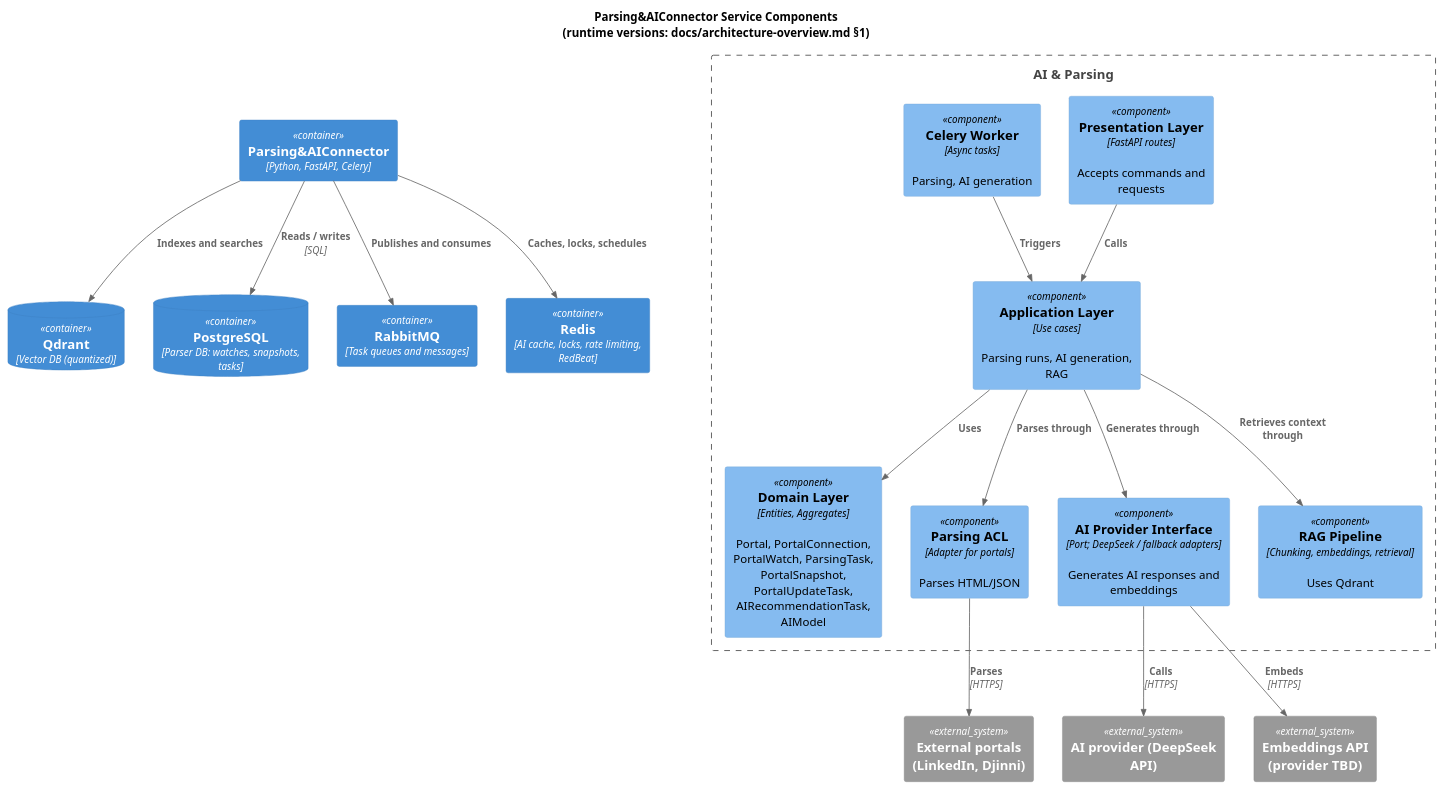
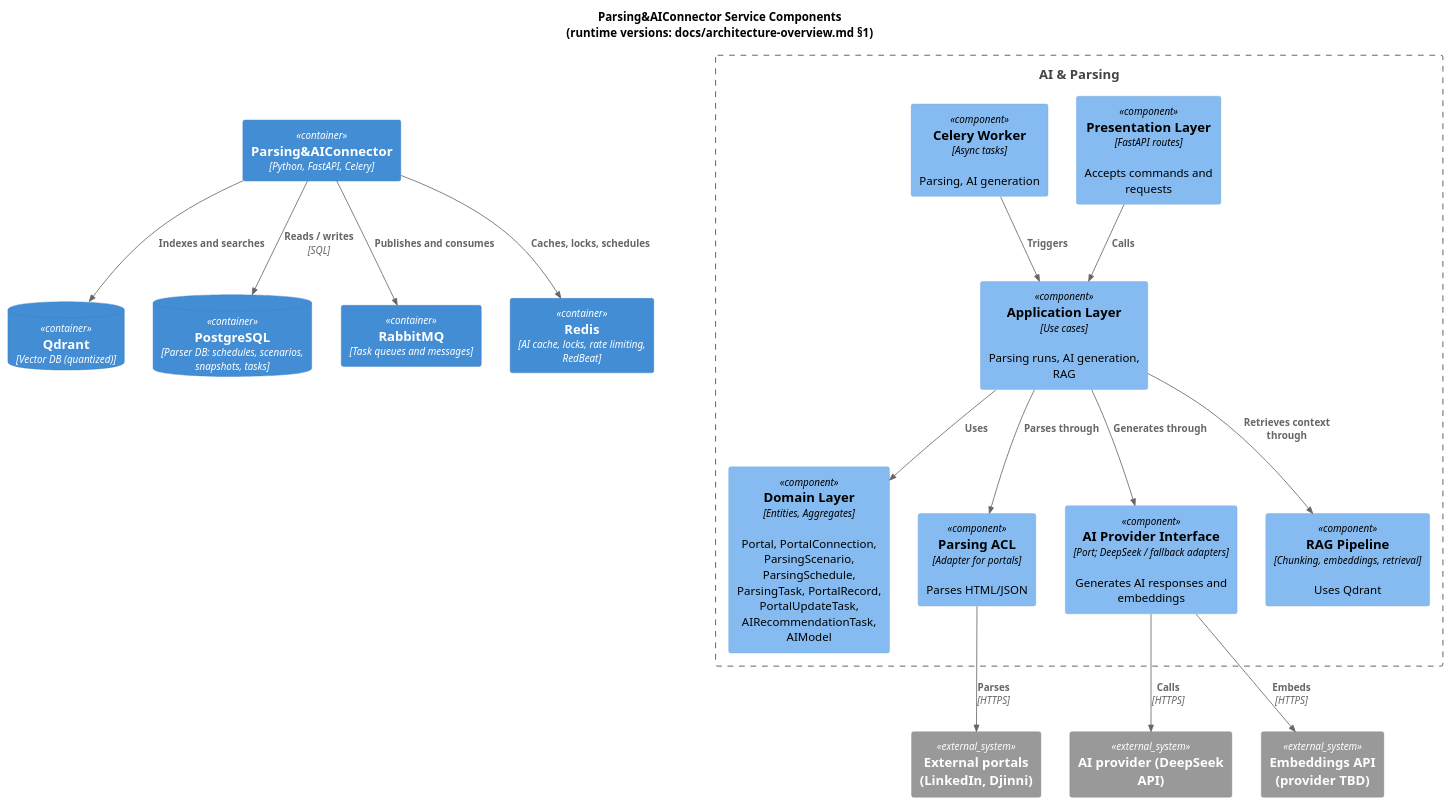
Before and after one commit to AIJobResearcher/docs: the diagram in docs/c4/components-parsing-ai.puml, drawn with PlantUML. The commit also changed 8 other files, not shown here.

```diff
--- a/docs/c4/components-parsing-ai.puml
+++ b/docs/c4/components-parsing-ai.puml
@@ -1,43 +1,43 @@
 @startuml
 !include https://raw.githubusercontent.com/plantuml-stdlib/C4-PlantUML/master/C4_Component.puml
 
 title Parsing&AIConnector Service Components\n(runtime versions: docs/architecture-overview.md §1)
 
 Container(parsing_ai, "Parsing&AIConnector", "Python, FastAPI, Celery")
 
 Boundary(parsing_ai_boundary, "AI & Parsing") {
     Component(presentation, "Presentation Layer", "FastAPI routes", "Accepts commands and requests")
     Component(application, "Application Layer", "Use cases", "Parsing runs, AI generation, RAG")
-    Component(domain, "Domain Layer", "Entities, Aggregates", "Portal, PortalConnection, PortalWatch, ParsingTask, PortalSnapshot, PortalUpdateTask, AIRecommendationTask, AIModel")
+    Component(domain, "Domain Layer", "Entities, Aggregates", "Portal, PortalConnection, ParsingScenario, ParsingSchedule, ParsingTask, PortalRecord, PortalUpdateTask, AIRecommendationTask, AIModel")
     Component(acl_parsing, "Parsing ACL", "Adapter for portals", "Parses HTML/JSON")
     Component(acl_ai, "AI Provider Interface", "Port; DeepSeek / fallback adapters", "Generates AI responses and embeddings")
     Component(rag, "RAG Pipeline", "Chunking, embeddings, retrieval", "Uses Qdrant")
     Component(celery_worker, "Celery Worker", "Async tasks", "Parsing, AI generation")
 
     Rel(presentation, application, "Calls")
     Rel(application, domain, "Uses")
     Rel(application, acl_parsing, "Parses through")
     Rel(application, acl_ai, "Generates through")
     Rel(application, rag, "Retrieves context through")
     Rel(celery_worker, application, "Triggers")
 }
 
 ContainerDb(qdrant, "Qdrant", "Vector DB (quantized)")
-ContainerDb(postgres_p, "PostgreSQL", "Parser DB: watches, snapshots, tasks")
+ContainerDb(postgres_p, "PostgreSQL", "Parser DB: schedules, scenarios, snapshots, tasks")
 Container(rabbitmq, "RabbitMQ", "Task queues and messages")
 Container(redis, "Redis", "AI cache, locks, rate limiting, RedBeat")
 
 System_Ext(portal, "External portals (LinkedIn, Djinni)")
 System_Ext(ai_provider, "AI provider (DeepSeek API)")
 System_Ext(embeddings_api, "Embeddings API (provider TBD)")
 
 Rel(parsing_ai, qdrant, "Indexes and searches")
 Rel(parsing_ai, postgres_p, "Reads / writes", "SQL")
 Rel(parsing_ai, rabbitmq, "Publishes and consumes")
 Rel(parsing_ai, redis, "Caches, locks, schedules")
 
 Rel(acl_parsing, portal, "Parses", "HTTPS")
 Rel(acl_ai, ai_provider, "Calls", "HTTPS")
 Rel(acl_ai, embeddings_api, "Embeds", "HTTPS")
 
 @enduml
```
